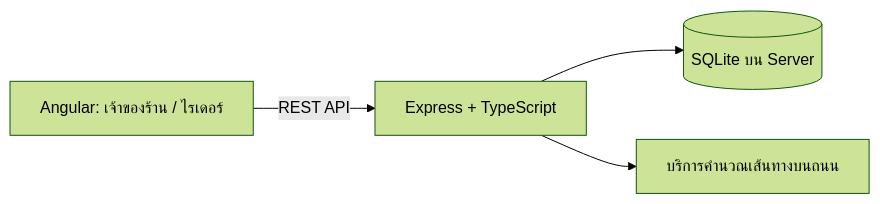
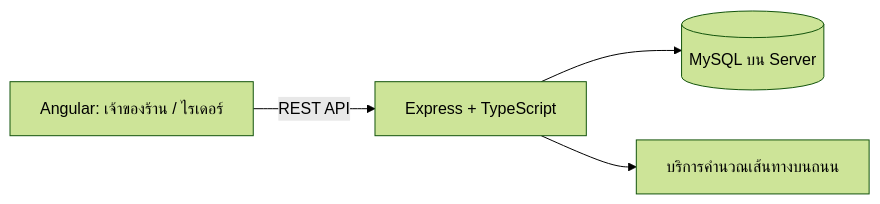
The diagram in docs/backend-design.md (jiranuwat1148/ADVweb_Final), drawn with Mermaid (forest theme) before and after one commit. The commit also changed other lines of this file and 9 other files, not shown here.

Commit message:
Design MySQL database and add ER diagram and SQL scripts

````diff
--- a/docs/backend-design.md
+++ b/docs/backend-design.md
@@ -9,6 +9,6 @@
 ```mermaid
 flowchart LR
     A["Angular: เจ้าของร้าน / ไรเดอร์"] -->|REST API| B["Express + TypeScript"]
-    B --> C[("SQLite บน Server")]
+    B --> C[("MySQL บน Server")]
     B --> D["บริการคำนวณเส้นทางบนถนน"]
 ```
````
